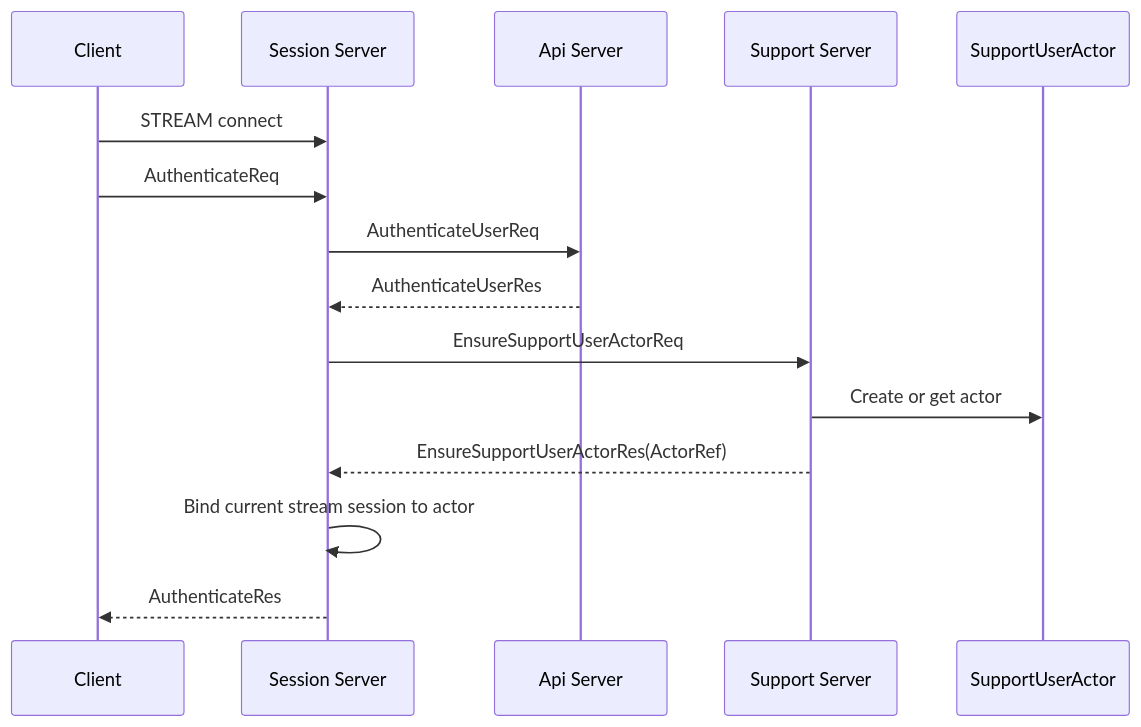
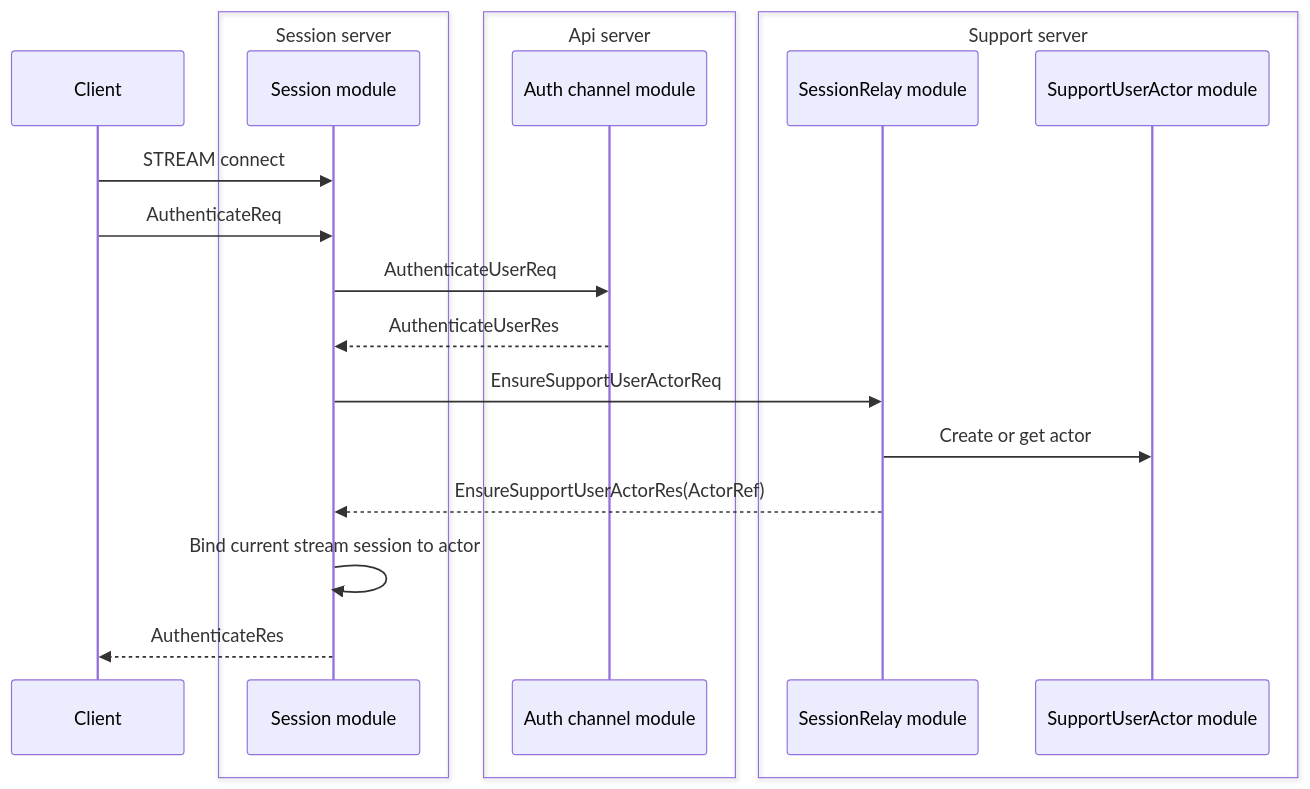
One commit to kairos-code-dev/zlink changed the second of 9 diagrams in framework/doc/framework/common/sample/supportchat/README.ko.md. Above: the diagram before and after it, drawn with Mermaid. The commit also changed other lines of this file and 182 other files, not shown here.

````diff
--- a/framework/doc/framework/common/sample/supportchat/README.ko.md
+++ b/framework/doc/framework/common/sample/supportchat/README.ko.md
@@ -541,18 +608,27 @@
 ```mermaid
 sequenceDiagram
     participant C as Client
-    participant S as Session Server
-    participant API as Api Server
-    participant SUP as Support Server
-    participant A as SupportUserActor
+
+    box Session server
+        participant S as Session module
+    end
+
+    box Api server
+        participant API as Auth channel module
+    end
+
+    box Support server
+        participant SUP as SessionRelay module
+        participant A as SupportUserActor module
+    end
 
     C->>S: STREAM connect
     C->>S: AuthenticateReq
     S->>API: AuthenticateUserReq
     API-->>S: AuthenticateUserRes
     S->>SUP: EnsureSupportUserActorReq
     SUP->>A: Create or get actor
     SUP-->>S: EnsureSupportUserActorRes(ActorRef)
     S->>S: Bind current stream session to actor
     S-->>C: AuthenticateRes
 ```
````
